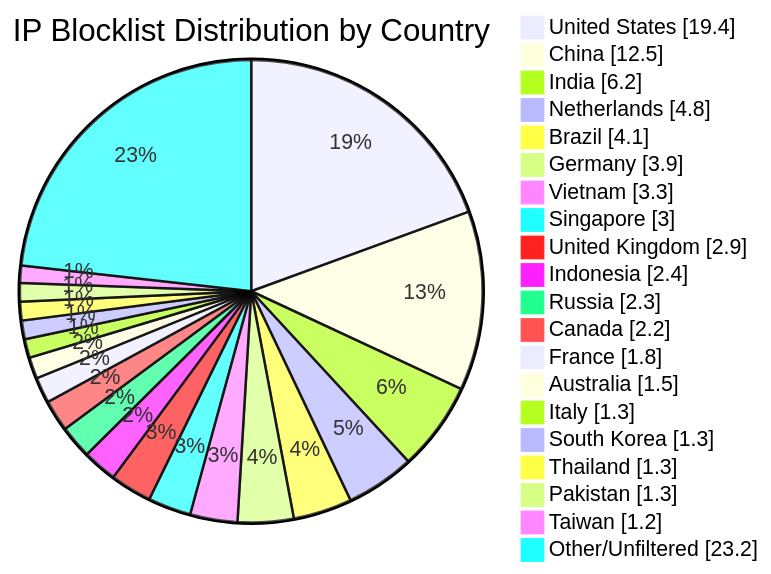
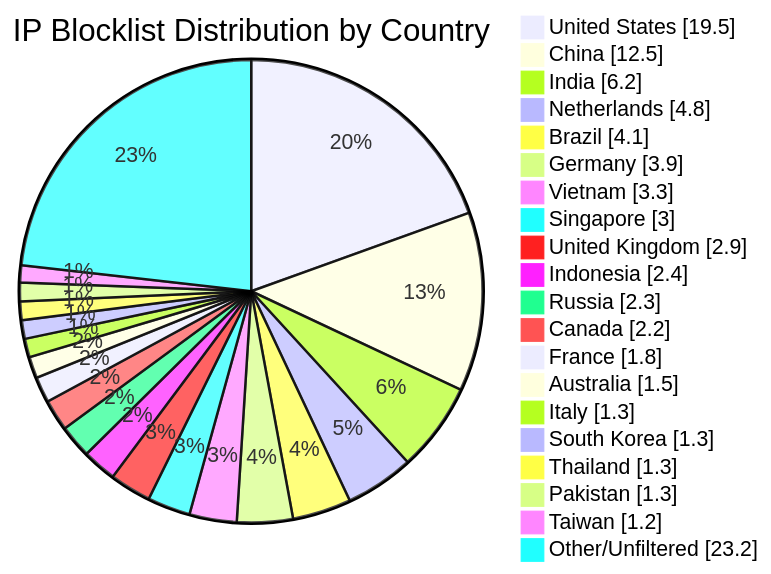
Before and after one commit to dewdmadbro/ip-blocklist-dewd: the diagram in README.md, drawn with Mermaid. The commit also changed other lines of this file and 51 other files, not shown here.

````diff
--- a/README.md
+++ b/README.md
@@ -34,23 +34,23 @@
 ```mermaid
 pie showData title IP Blocklist Distribution by Country
-"United States" : 19.4
+"United States" : 19.5
 "China" : 12.5
 "India" : 6.2
 "Netherlands" : 4.8
 "Brazil" : 4.1
 "Germany" : 3.9
 "Vietnam" : 3.3
 "Singapore" : 3.0
 "United Kingdom" : 2.9
 "Indonesia" : 2.4
 "Russia" : 2.3
 "Canada" : 2.2
 "France" : 1.8
 "Australia" : 1.5
 "Italy" : 1.3
 "South Korea" : 1.3
 "Thailand" : 1.3
 "Pakistan" : 1.3
 "Taiwan" : 1.2
 "Other/Unfiltered" : 23.2
 ```
````
